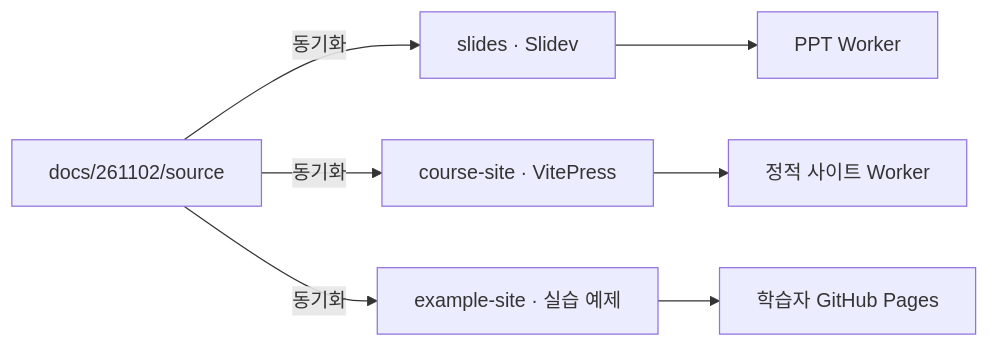
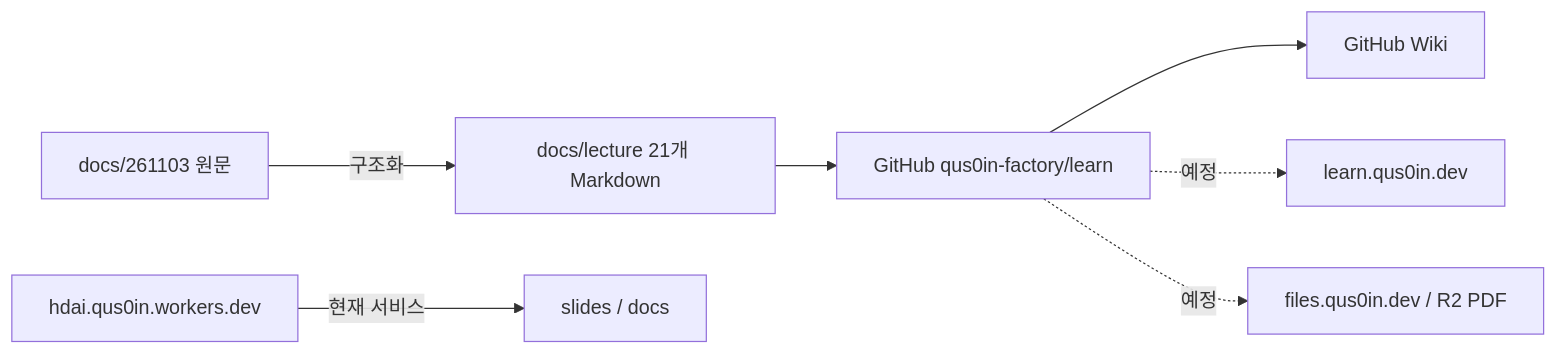
Before and after one commit to qus0in-factory/learn: the diagram in README.md, drawn with Mermaid. The commit also changed other lines of this file and 25 other files, not shown here.

Commit message:
docs: structure 12-lesson markdown and publish learn repository baseline

````diff
--- a/README.md
+++ b/README.md
@@ -10,9 +5,9 @@
 ```mermaid
 flowchart LR
-    Source[docs/261102/source] -->|동기화| Slides[slides · Slidev]
-    Source -->|동기화| Site[course-site · VitePress]
-    Source -->|동기화| Example[example-site · 실습 예제]
-    Slides --> PPT[PPT Worker]
-    Site --> Web[정적 사이트 Worker]
-    Example --> Pages[학습자 GitHub Pages]
+    Source[docs/261103 원문] -->|구조화| Lecture[docs/lecture 21개 Markdown]
+    Lecture --> Repo[GitHub qus0in-factory/learn]
+    Repo --> Wiki[GitHub Wiki]
+    Repo -.->|예정| Site[learn.qus0in.dev]
+    Repo -.->|예정| Files[files.qus0in.dev / R2 PDF]
+    Current[hdai.qus0in.workers.dev] -->|현재 서비스| Slides[slides / docs]
 ```
````
